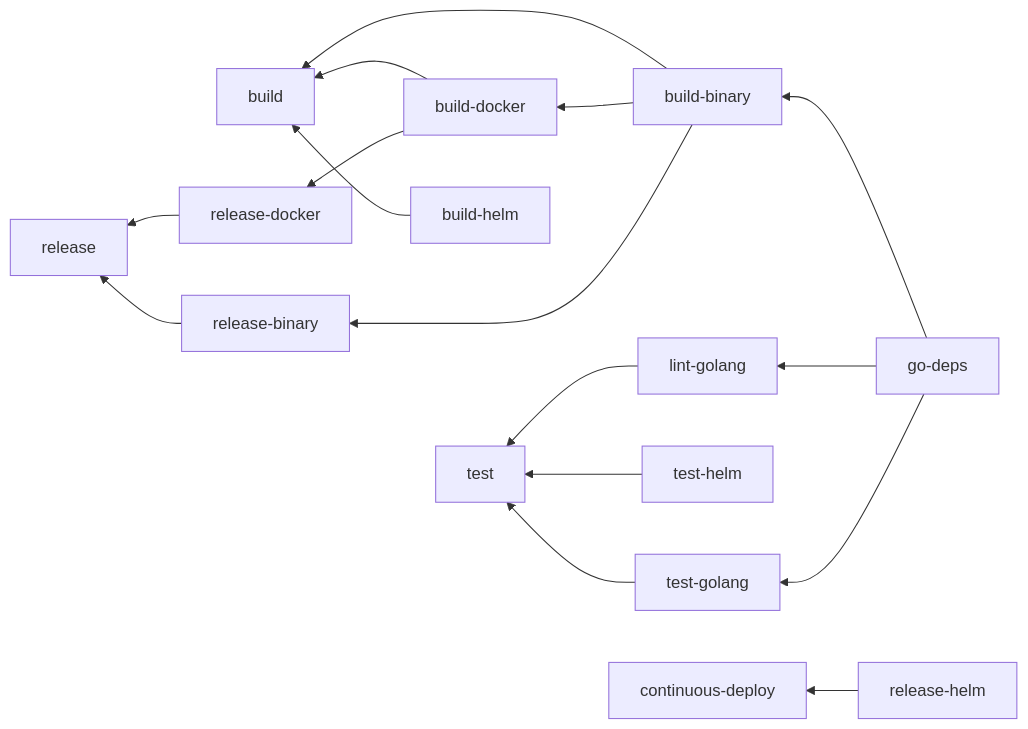
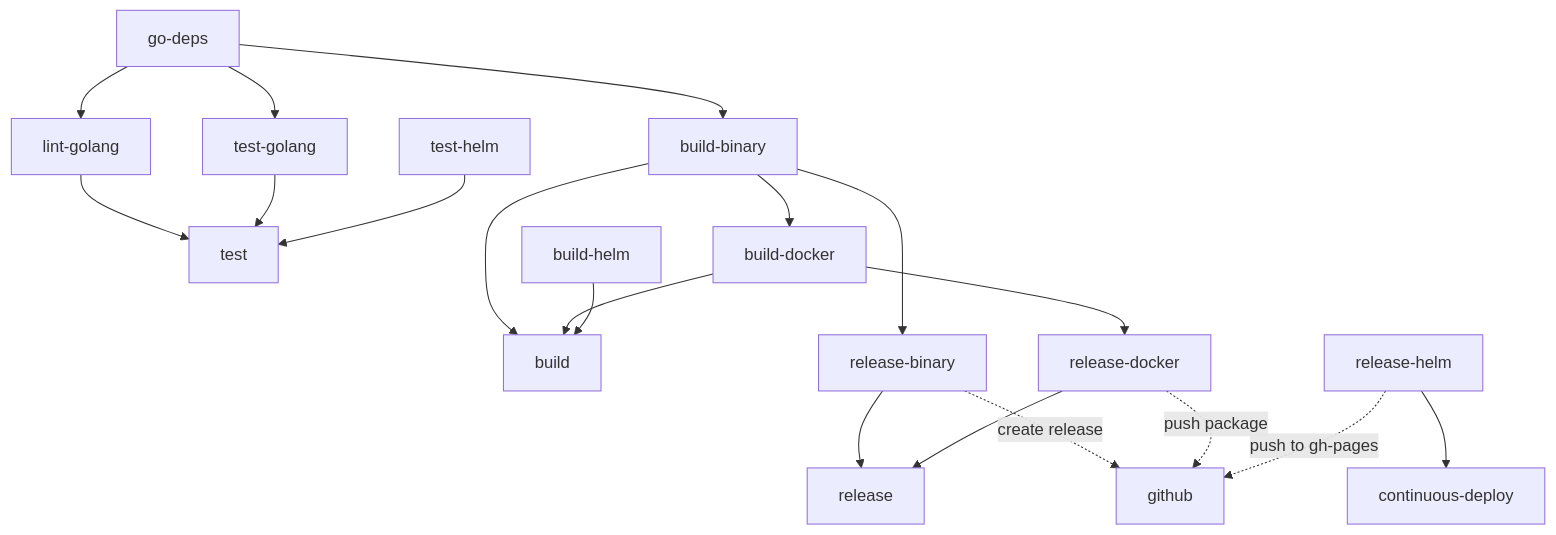
Before and after one commit to weaveworks/prom-aggregation-gateway: the diagram in Earthfile.md, drawn with Mermaid.

Commit message:
add some more docs

````diff
--- a/Earthfile.md
+++ b/Earthfile.md
@@ -1,23 +1,26 @@
 ```mermaid
-graph RL
+graph TD
     lint-golang --> test
     test-golang --> test
     test-helm --> test
     
     build-binary --> build
     build-docker --> build
     build-helm --> build
     
     build-binary --> build-docker
     release-binary --> release
+    release-binary -.create release.-> github
     release-docker --> release
+    release-docker -.push package.-> github
     
     build-binary --> release-binary
     build-docker --> release-docker
     
     release-helm --> continuous-deploy
+    release-helm -.push to gh-pages.-> github
     
     go-deps --> build-binary
     go-deps --> lint-golang
     go-deps --> test-golang
 ```
````
